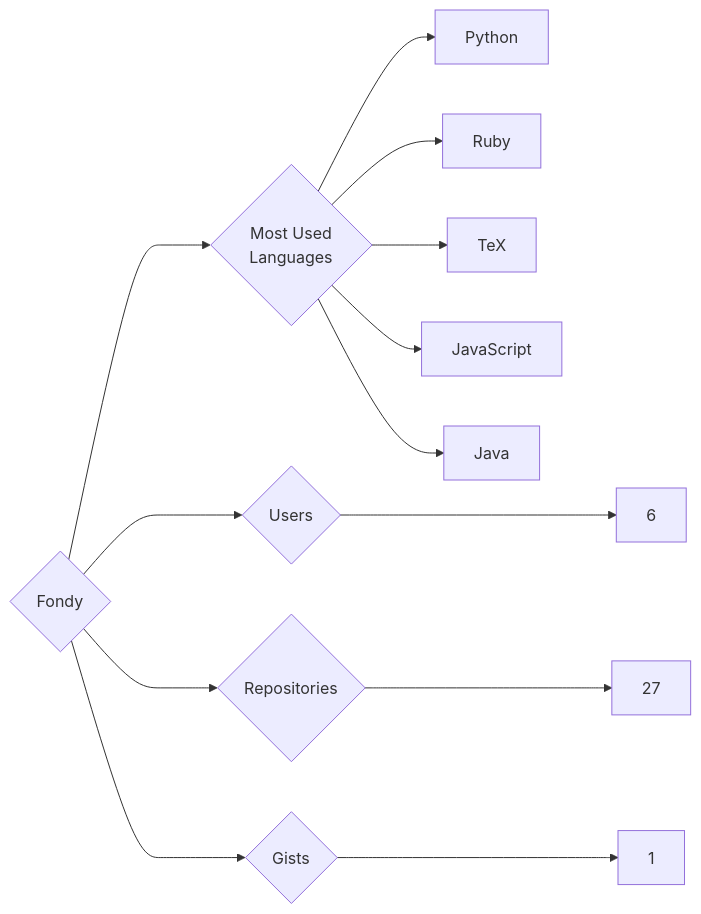
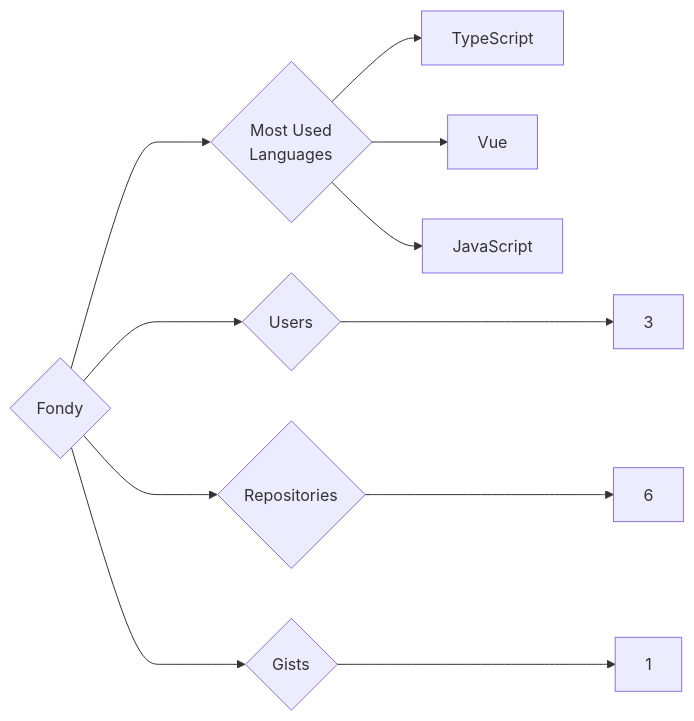
The diagram in targets/Fondy/README.md (trickest/insiders), drawn with Mermaid before and after one commit. The commit also changed 1148 other files, not shown here.

````diff
--- a/targets/Fondy/README.md
+++ b/targets/Fondy/README.md
@@ -3,13 +3,11 @@
 ```mermaid
 graph LR
 COMPANY_NAME{Fondy}
-COMPANY_NAME ---> U{Users} ---> UN[6]
-COMPANY_NAME ---> R{Repositories} ---> RN[27]
+COMPANY_NAME ---> U{Users} ---> UN[3]
+COMPANY_NAME ---> R{Repositories} ---> RN[6]
 COMPANY_NAME ---> G{Gists} ---> GN[1]
 COMPANY_NAME ---> ML{Most Used<br>Languages}
-ML --> Python[Python]
-ML --> Ruby[Ruby]
-ML --> TeX[TeX]
+ML --> TypeScript[TypeScript]
+ML --> Vue[Vue]
 ML --> JavaScript[JavaScript]
-ML --> Java[Java]
 ```
````
